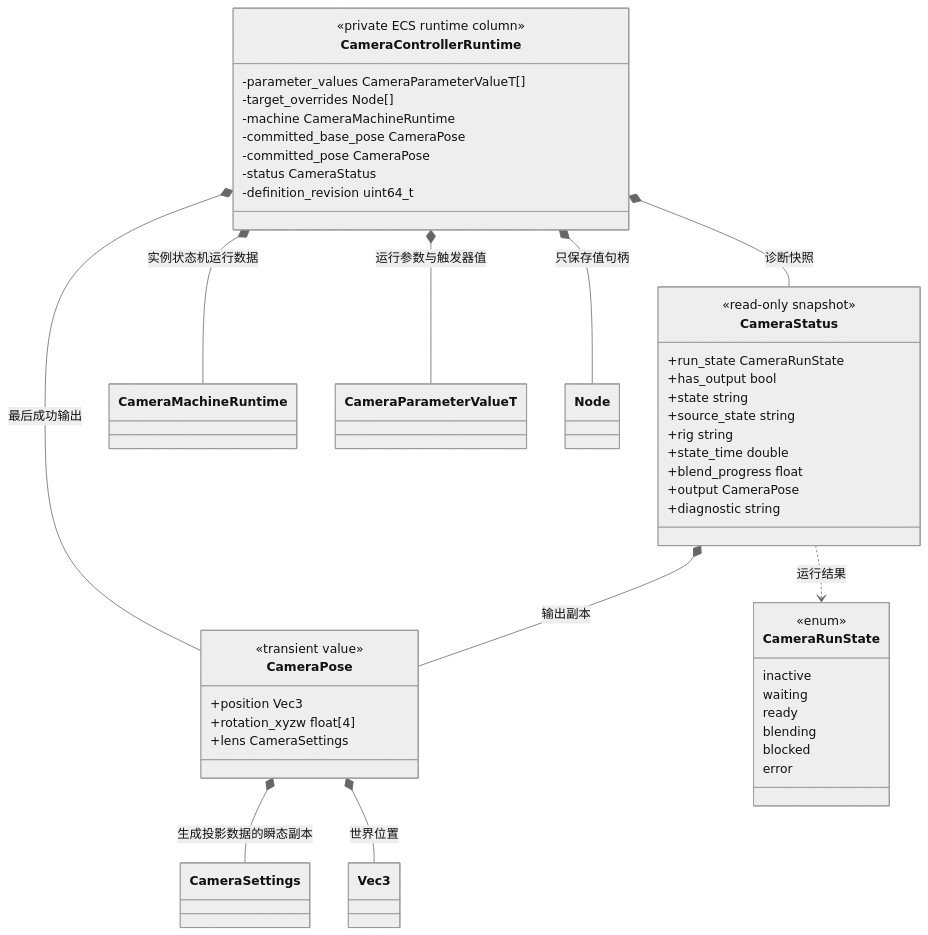
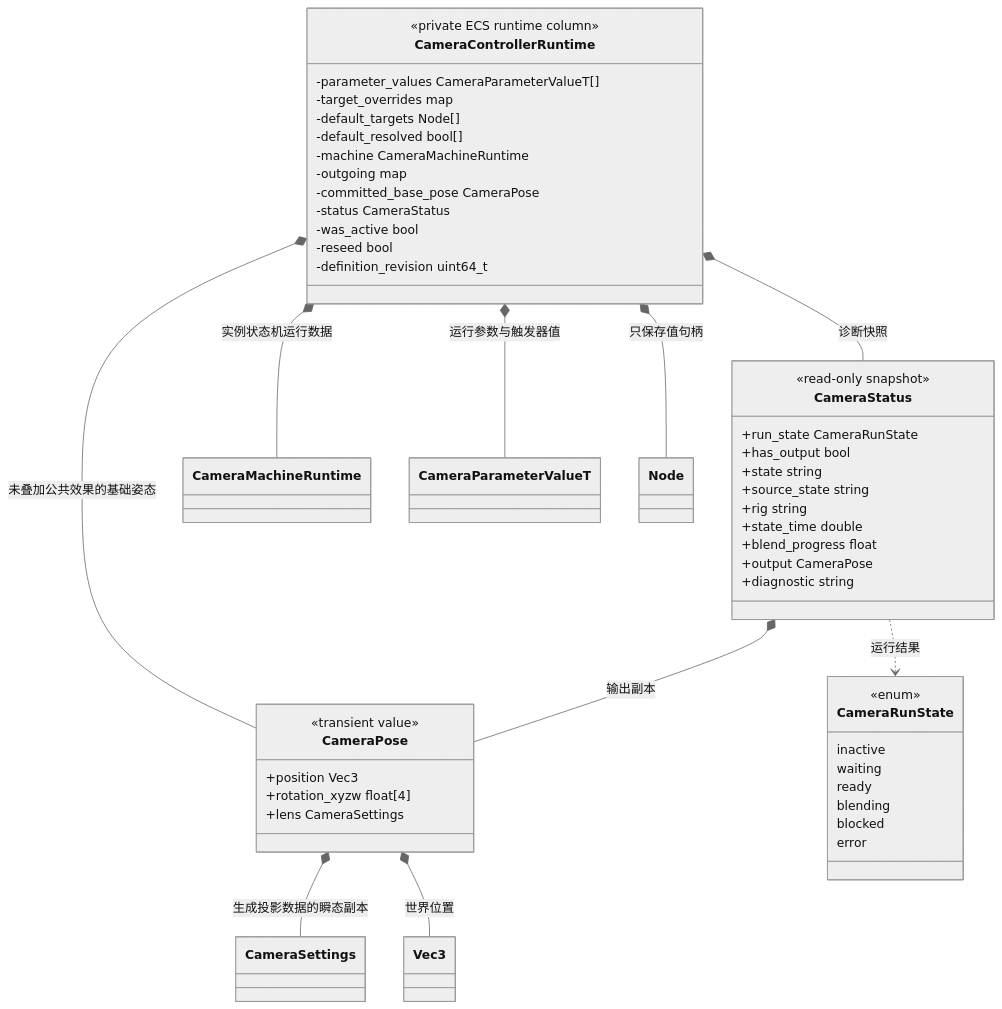
The third of 3 diagrams in docs/plugins/runtime/class-diagrams/camera-controller.md (lcals/Engine), drawn with Mermaid (neutral theme) before and after one commit. The commit also changed other lines of this file and 194 other files, not shown here.

````diff
--- a/docs/plugins/runtime/class-diagrams/camera-controller.md
+++ b/docs/plugins/runtime/class-diagrams/camera-controller.md
@@ -129,54 +129,58 @@
 ```mermaid
 classDiagram
     class CameraControllerRuntime {
         <<private ECS runtime column>>
         -parameter_values CameraParameterValueT[]
-        -target_overrides Node[]
+        -target_overrides map
+        -default_targets Node[]
+        -default_resolved bool[]
         -machine CameraMachineRuntime
+        -outgoing map
         -committed_base_pose CameraPose
-        -committed_pose CameraPose
         -status CameraStatus
+        -was_active bool
+        -reseed bool
         -definition_revision uint64_t
     }
     class CameraPose {
         <<transient value>>
         +position Vec3
         +rotation_xyzw float[4]
         +lens CameraSettings
     }
     class CameraStatus {
         <<read-only snapshot>>
         +run_state CameraRunState
         +has_output bool
         +state string
         +source_state string
         +rig string
         +state_time double
         +blend_progress float
         +output CameraPose
         +diagnostic string
     }
     class CameraMachineRuntime
     class CameraParameterValueT
     class Node
     class CameraSettings
     class Vec3
     class CameraRunState {
         <<enum>>
         inactive
         waiting
         ready
         blending
         blocked
         error
     }
     CameraControllerRuntime *-- CameraMachineRuntime : 实例状态机运行数据
     CameraControllerRuntime *-- CameraParameterValueT : 运行参数与触发器值
     CameraControllerRuntime *-- Node : 只保存值句柄
-    CameraControllerRuntime *-- CameraPose : 最后成功输出
+    CameraControllerRuntime *-- CameraPose : 未叠加公共效果的基础姿态
     CameraControllerRuntime *-- CameraStatus : 诊断快照
     CameraStatus *-- CameraPose : 输出副本
     CameraStatus ..> CameraRunState : 运行结果
     CameraPose *-- CameraSettings : 生成投影数据的瞬态副本
     CameraPose *-- Vec3 : 世界位置
 ```
````
